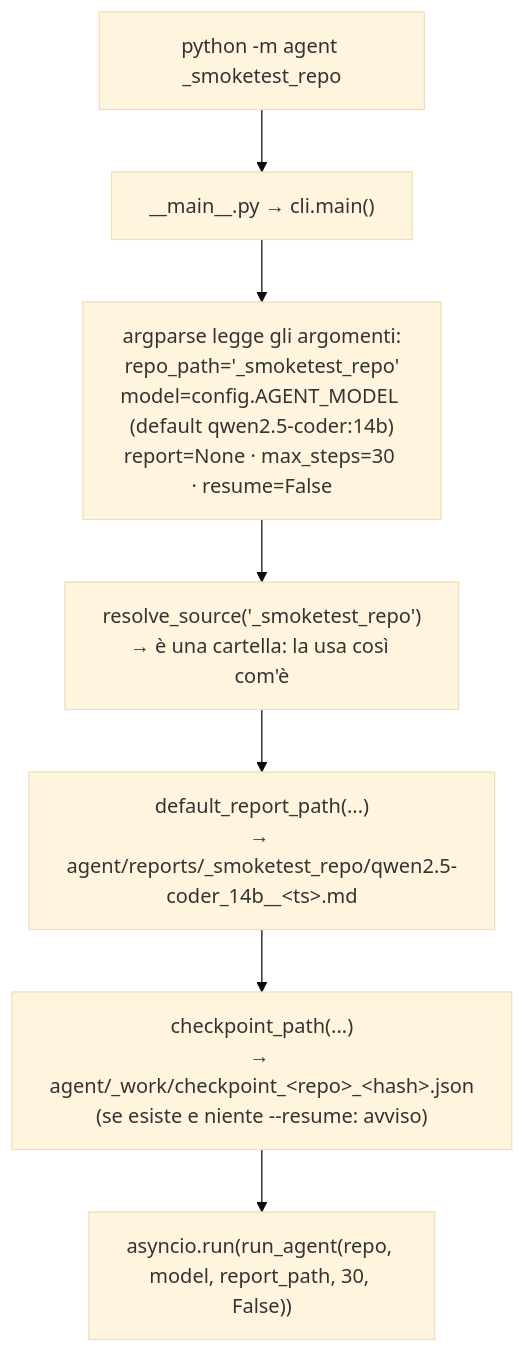
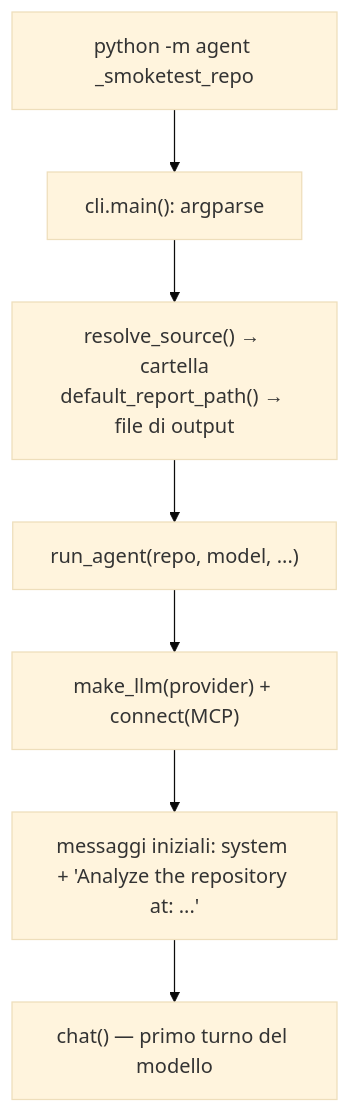
The tenth of 15 diagrams in documentazione/agent.md (iris-cmd22/Sibyl), drawn with Mermaid (base theme) before and after one commit. The commit also changed other lines of this file and 3 other files, not shown here.

````diff
--- a/documentazione/agent.md
+++ b/documentazione/agent.md
@@ -603,9 +402,9 @@
 ```mermaid
 flowchart TB
-    IN["python -m agent _smoketest_repo"] --> P1["__main__.py → cli.main()"]
-    P1 --> P2["argparse legge gli argomenti:<br/>repo_path='_smoketest_repo'<br/>model=config.AGENT_MODEL (default qwen2.5-coder:14b)<br/>report=None · max_steps=30 · resume=False"]
-    P2 --> P3["resolve_source('_smoketest_repo')<br/>→ è una cartella: la usa così com'è"]
-    P3 --> P4["default_report_path(...)<br/>→ agent/reports/_smoketest_repo/qwen2.5-coder_14b__&lt;ts&gt;.md"]
-    P4 --> P5["checkpoint_path(...)<br/>→ agent/_work/checkpoint_&lt;repo&gt;_&lt;hash&gt;.json<br/>(se esiste e niente --resume: avviso)"]
-    P5 --> P6["asyncio.run(run_agent(repo, model, report_path, 30, False))"]
+    IN["python -m agent _smoketest_repo"] --> P1["cli.main(): argparse"]
+    P1 --> P2["resolve_source() → cartella<br/>default_report_path() → file di output"]
+    P2 --> P3["run_agent(repo, model, ...)"]
+    P3 --> P4["make_llm(provider) + connect(MCP)"]
+    P4 --> P5["messaggi iniziali: system + 'Analyze the repository at: ...'"]
+    P5 --> P6["chat() — primo turno del modello"]
 ```
````
